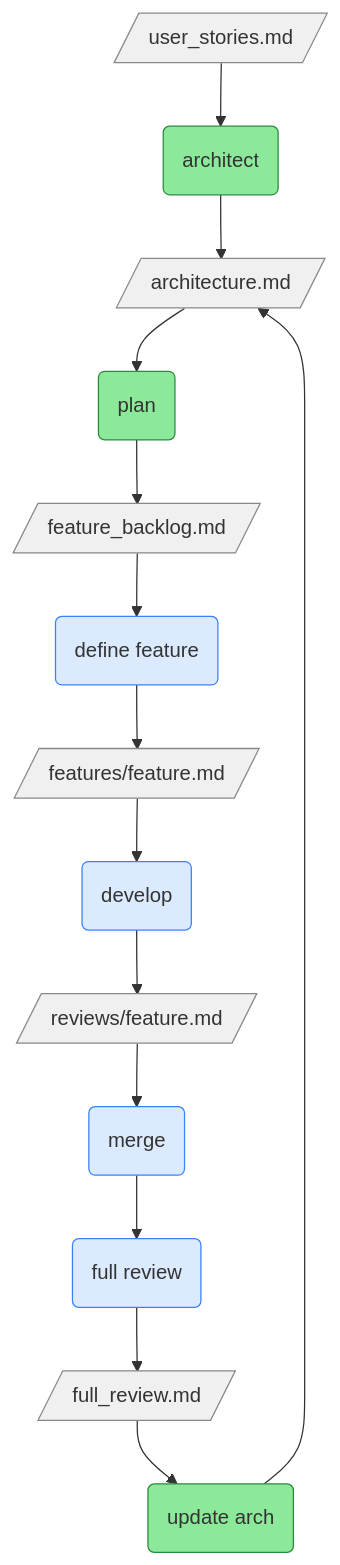
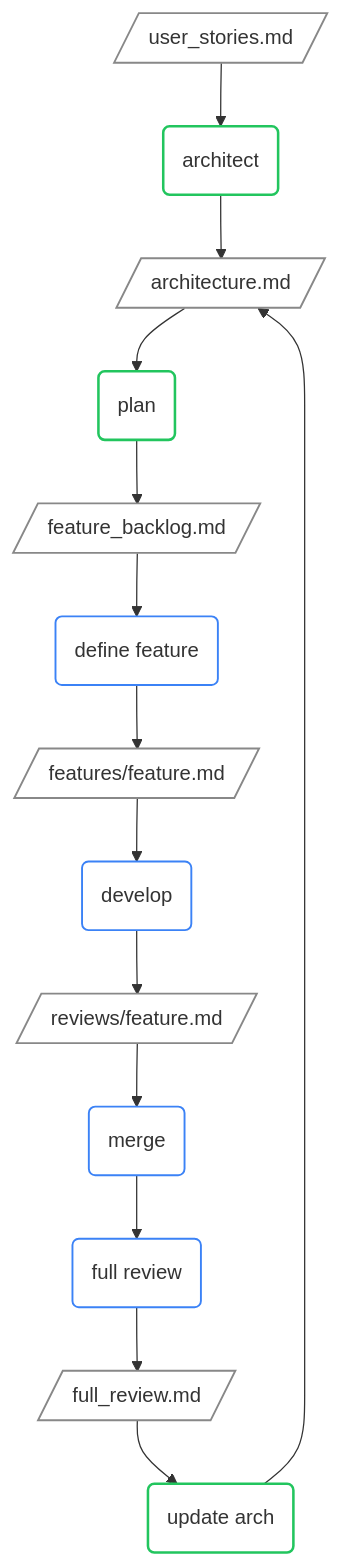
Before and after one commit to sjev/robodev: the first of 2 diagrams in README.md, drawn with Mermaid.

Commit message:
Update styling definitions in README.md

````diff
--- a/README.md
+++ b/README.md
@@ -9,37 +9,37 @@
 ```mermaid
 flowchart TD
 
     %% ==== DOCUMENTS ====
     US[/user_stories.md/]
     ARCH_DOC[/architecture.md/]
     BACKLOG[/feature_backlog.md/]
     FEAT_DOC[/features/feature.md/]
     FEAT_REV[/reviews/feature.md/]
     FULL_REV[/full_review.md/]
 
     %% ==== ACTIONS ====
     ARCH("architect")
     PLAN("plan")
     FEAT("define feature")
     DEV("develop")
     MERGE("merge")
     FULL("full review")
     UPDATE("update arch")
 
     %% ==== FLOW ====
     US --> ARCH --> ARCH_DOC
     ARCH_DOC --> PLAN --> BACKLOG
     BACKLOG --> FEAT --> FEAT_DOC
     FEAT_DOC --> DEV --> FEAT_REV
     FEAT_REV --> MERGE --> FULL
     FULL --> FULL_REV --> UPDATE --> ARCH_DOC
 
-    %% ==== STYLING ====
-    classDef doc fill:#f0f0f0,stroke:#888;
-    classDef cmd fill:#dbeafe,stroke:#3b82f6;
-    classDef manual fill:#8ce99a,stroke:#2b8a3e;
+    %% ==== STYLING (theme-safe) ====
+    classDef doc fill:transparent,stroke:#888,stroke-width:1.5px;
+    classDef cmd fill:transparent,stroke:#3b82f6,stroke-width:1.5px;
+    classDef manual fill:transparent,stroke:#22c55e,stroke-width:2px;
 
     class US,ARCH_DOC,BACKLOG,FEAT_DOC,FEAT_REV,FULL_REV doc;
     class FEAT,DEV,MERGE,FULL cmd;
     class ARCH,PLAN,UPDATE manual;
 ```
````
